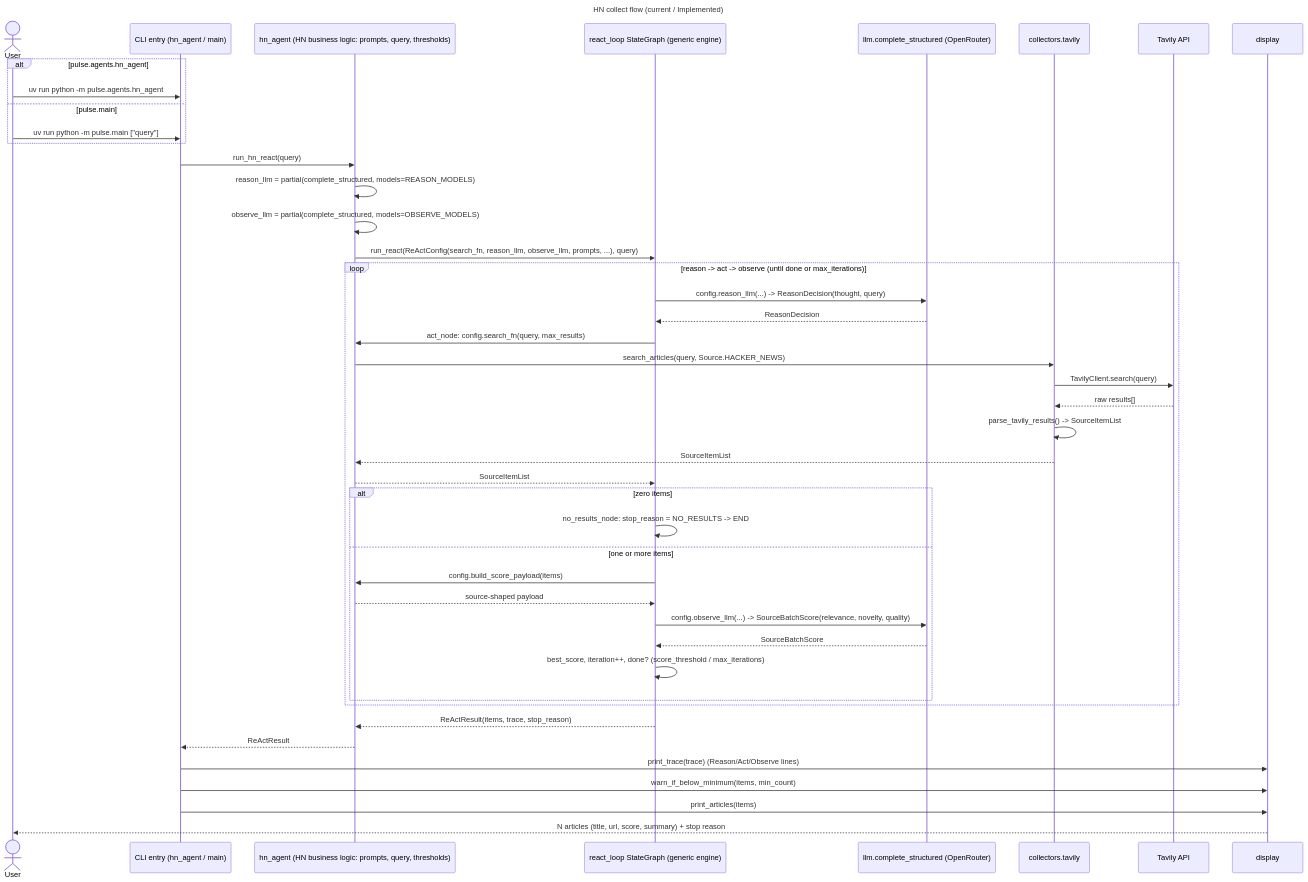
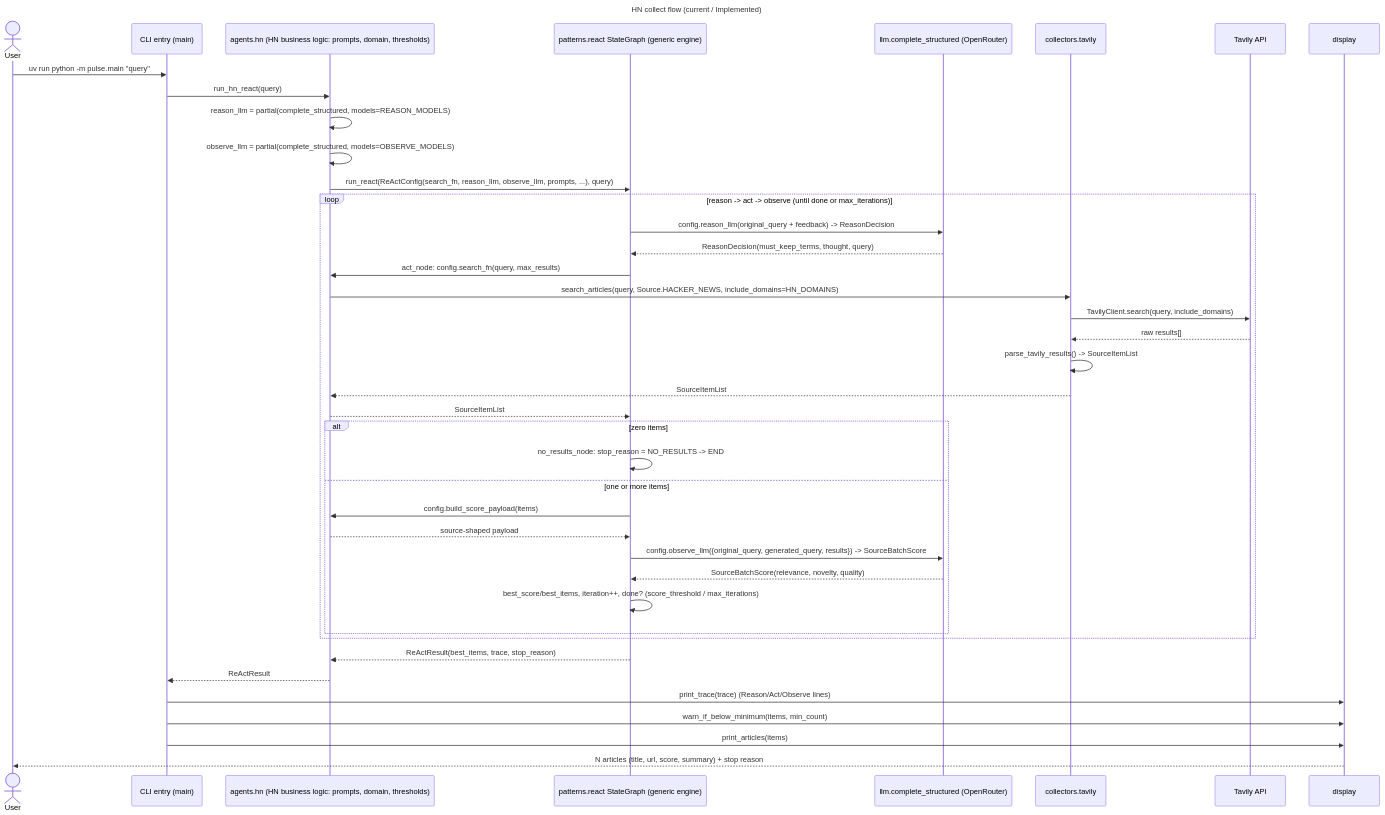
The diagram in docs/architecture/flows/hn-collect.mmd (VladislavLobakh/pulse), drawn with Mermaid before and after one commit. The commit also changed 24 other files, not shown here.

```diff
--- a/docs/architecture/flows/hn-collect.mmd
+++ b/docs/architecture/flows/hn-collect.mmd
@@ -1,50 +1,46 @@
 ---
 title: "HN collect flow (current / Implemented)"
 ---
 sequenceDiagram
     actor User
-    participant CLI as CLI entry (hn_agent / main)
-    participant HN as hn_agent (HN business logic: prompts, query, thresholds)
-    participant Graph as react_loop StateGraph (generic engine)
+    participant CLI as CLI entry (main)
+    participant HN as agents.hn (HN business logic: prompts, domain, thresholds)
+    participant Graph as patterns.react StateGraph (generic engine)
     participant LLM as llm.complete_structured (OpenRouter)
     participant Col as collectors.tavily
     participant API as Tavily API
     participant Disp as display
 
-    alt pulse.agents.hn_agent
-        User->>CLI: uv run python -m pulse.agents.hn_agent
-    else pulse.main
-        User->>CLI: uv run python -m pulse.main ["query"]
-    end
+    User->>CLI: uv run python -m pulse.main "query"
     CLI->>HN: run_hn_react(query)
     HN->>HN: reason_llm = partial(complete_structured, models=REASON_MODELS)
     HN->>HN: observe_llm = partial(complete_structured, models=OBSERVE_MODELS)
     HN->>Graph: run_react(ReActConfig(search_fn, reason_llm, observe_llm, prompts, ...), query)
 
     loop reason -> act -> observe (until done or max_iterations)
-        Graph->>LLM: config.reason_llm(...) -> ReasonDecision(thought, query)
-        LLM-->>Graph: ReasonDecision
+        Graph->>LLM: config.reason_llm(original_query + feedback) -> ReasonDecision
+        LLM-->>Graph: ReasonDecision(must_keep_terms, thought, query)
         Graph->>HN: act_node: config.search_fn(query, max_results)
-        HN->>Col: search_articles(query, Source.HACKER_NEWS)
-        Col->>API: TavilyClient.search(query)
+        HN->>Col: search_articles(query, Source.HACKER_NEWS, include_domains=HN_DOMAINS)
+        Col->>API: TavilyClient.search(query, include_domains)
         API-->>Col: raw results[]
         Col->>Col: parse_tavily_results() -> SourceItemList
         Col-->>HN: SourceItemList
         HN-->>Graph: SourceItemList
         alt zero items
             Graph->>Graph: no_results_node: stop_reason = NO_RESULTS -> END
         else one or more items
             Graph->>HN: config.build_score_payload(items)
             HN-->>Graph: source-shaped payload
-            Graph->>LLM: config.observe_llm(...) -> SourceBatchScore(relevance, novelty, quality)
-            LLM-->>Graph: SourceBatchScore
-            Graph->>Graph: best_score, iteration++, done? (score_threshold / max_iterations)
+            Graph->>LLM: config.observe_llm({original_query, generated_query, results}) -> SourceBatchScore
+            LLM-->>Graph: SourceBatchScore(relevance, novelty, quality)
+            Graph->>Graph: best_score/best_items, iteration++, done? (score_threshold / max_iterations)
         end
     end
 
-    Graph-->>HN: ReActResult(items, trace, stop_reason)
+    Graph-->>HN: ReActResult(best_items, trace, stop_reason)
     HN-->>CLI: ReActResult
     CLI->>Disp: print_trace(trace) (Reason/Act/Observe lines)
     CLI->>Disp: warn_if_below_minimum(items, min_count)
     CLI->>Disp: print_articles(items)
     Disp-->>User: N articles (title, url, score, summary) + stop reason
```
